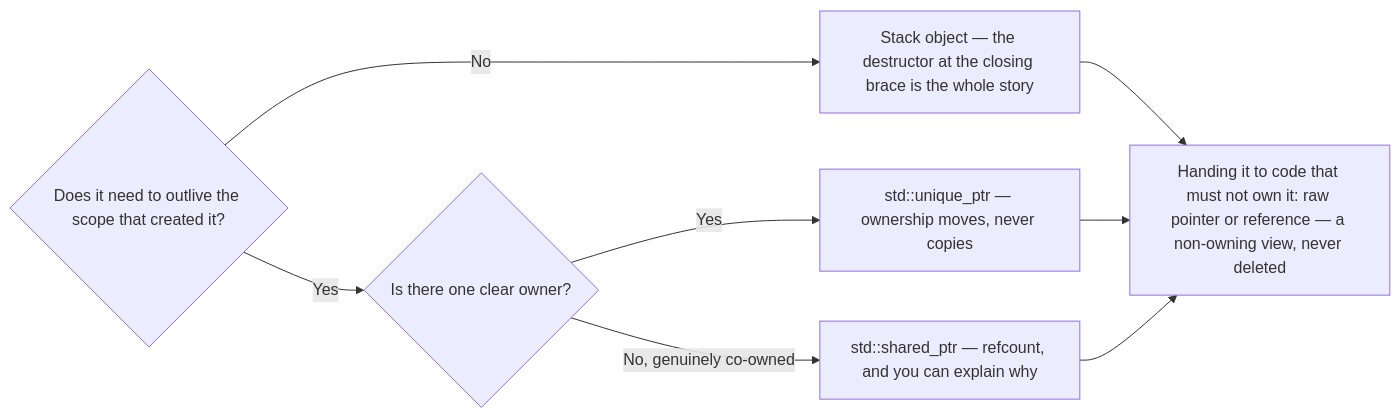
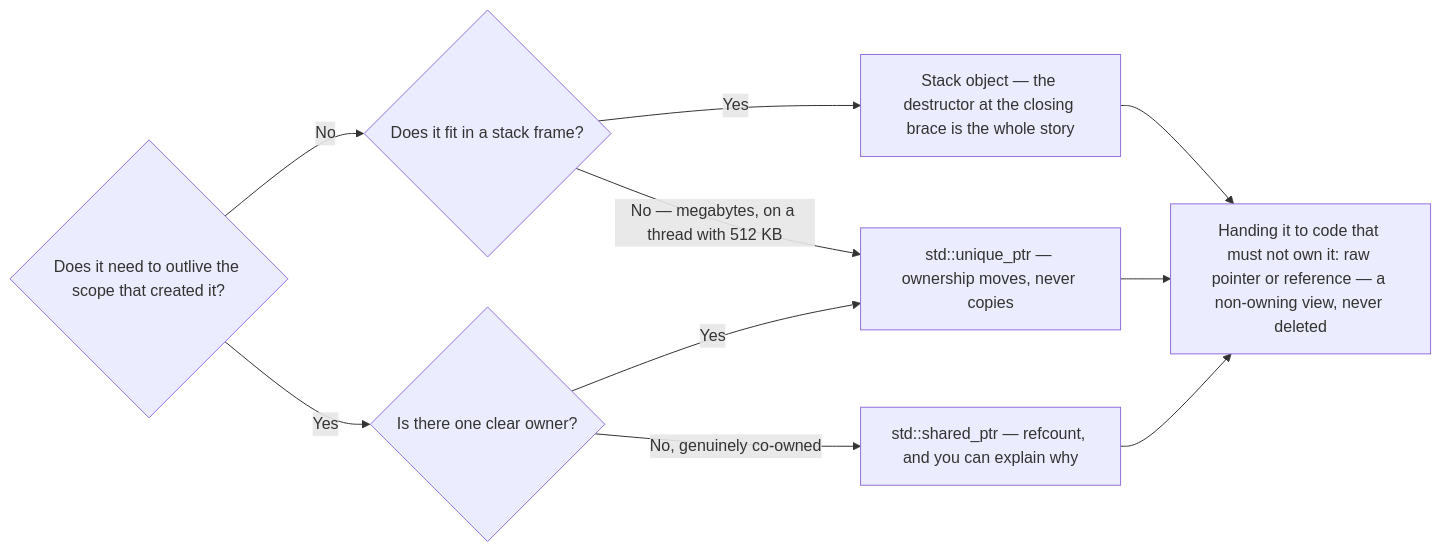
One commit to mkhomutov/going-unmanaged changed the first of 2 diagrams in book/01-ownership-and-raii.md. Above: the diagram before and after it, drawn with Mermaid. The commit also changed other lines of this file and 9 other files, not shown here.

First line of the commit message:
Appendix F: Recipes 33-34, an owned object as a field, and one too big for the stack

````diff
--- a/book/01-ownership-and-raii.md
+++ b/book/01-ownership-and-raii.md
@@ -51,10 +51,12 @@
 ```mermaid
 flowchart LR
-    Q1{"Does it need to outlive the scope that created it?"} -->|No| STK["Stack object — the destructor at the closing brace is the whole story"]
+    Q1{"Does it need to outlive the scope that created it?"} -->|No| Q0{"Does it fit in a stack frame?"}
+    Q0 -->|Yes| STK["Stack object — the destructor at the closing brace is the whole story"]
+    Q0 -->|"No — megabytes, on a thread with 512 KB"| UP["std::unique_ptr — ownership moves, never copies"]
     Q1 -->|Yes| Q2{"Is there one clear owner?"}
-    Q2 -->|Yes| UP["std::unique_ptr — ownership moves, never copies"]
+    Q2 -->|Yes| UP
     Q2 -->|"No, genuinely co-owned"| SP["std::shared_ptr — refcount, and you can explain why"]
     STK --> VIEW["Handing it to code that must not own it: raw pointer or reference — a non-owning view, never deleted"]
     UP --> VIEW
     SP --> VIEW
 ```
````
